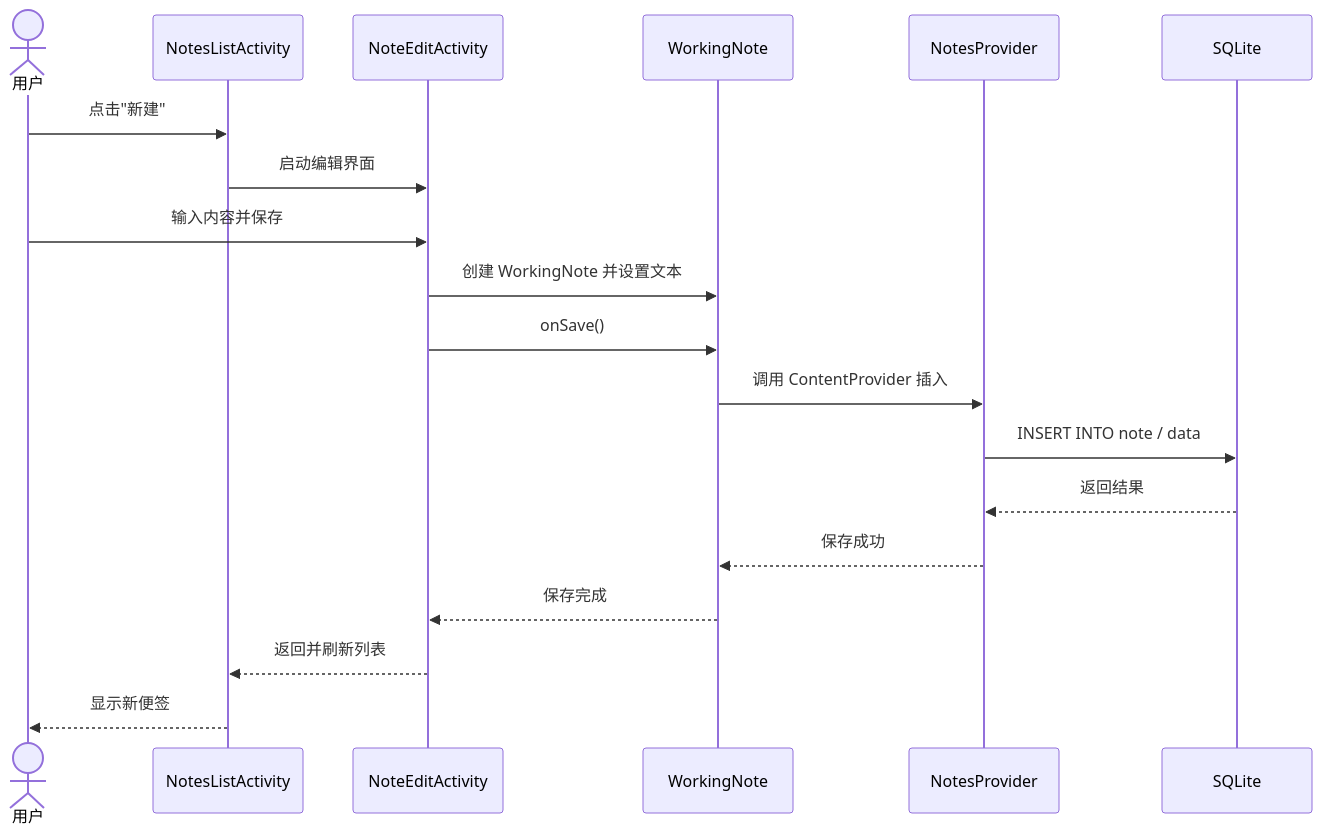
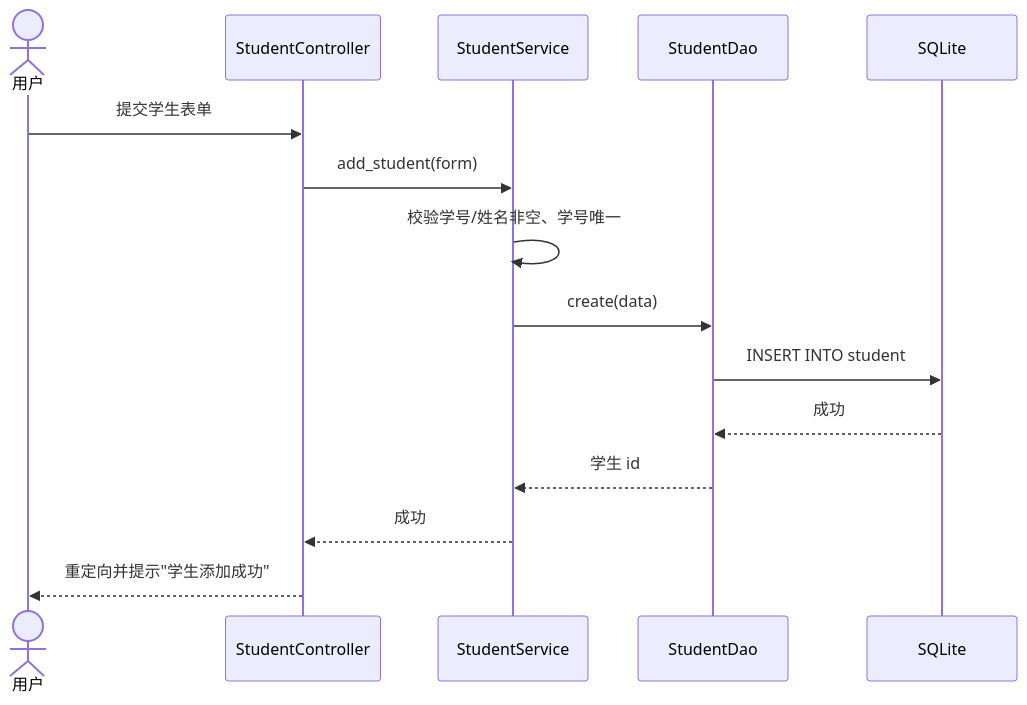
Before and after one commit to otreeevol/project: the second of 4 diagrams in docs/02-软件需求规格说明书.md, drawn with Mermaid. The commit also changed other lines of this file and 221 other files, not shown here.

````diff
--- a/docs/02-软件需求规格说明书.md
+++ b/docs/02-软件需求规格说明书.md
@@ -155,22 +131,18 @@
 ```mermaid
 sequenceDiagram
     actor U as 用户
-    participant LA as NotesListActivity
-    participant EA as NoteEditActivity
-    participant WN as WorkingNote
-    participant NP as NotesProvider
+    participant C as StudentController
+    participant S as StudentService
+    participant D as StudentDao
     participant DB as SQLite
 
-    U->>LA: 点击"新建"
-    LA->>EA: 启动编辑界面
-    U->>EA: 输入内容并保存
-    EA->>WN: 创建 WorkingNote 并设置文本
-    EA->>WN: onSave()
-    WN->>NP: 调用 ContentProvider 插入
-    NP->>DB: INSERT INTO note / data
-    DB-->>NP: 返回结果
-    NP-->>WN: 保存成功
-    WN-->>EA: 保存完成
-    EA-->>LA: 返回并刷新列表
-    LA-->>U: 显示新便签
+    U->>C: 提交学生表单
+    C->>S: add_student(form)
+    S->>S: 校验学号/姓名非空、学号唯一
+    S->>D: create(data)
+    D->>DB: INSERT INTO student
+    DB-->>D: 成功
+    D-->>S: 学生 id
+    S-->>C: 成功
+    C-->>U: 重定向并提示"学生添加成功"
 ```
````
